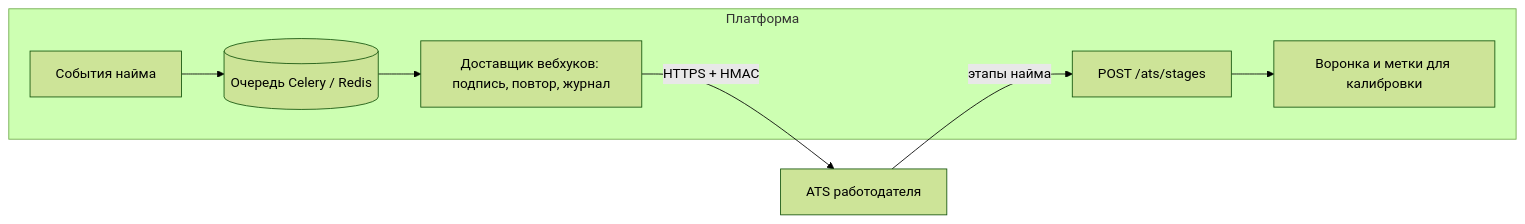
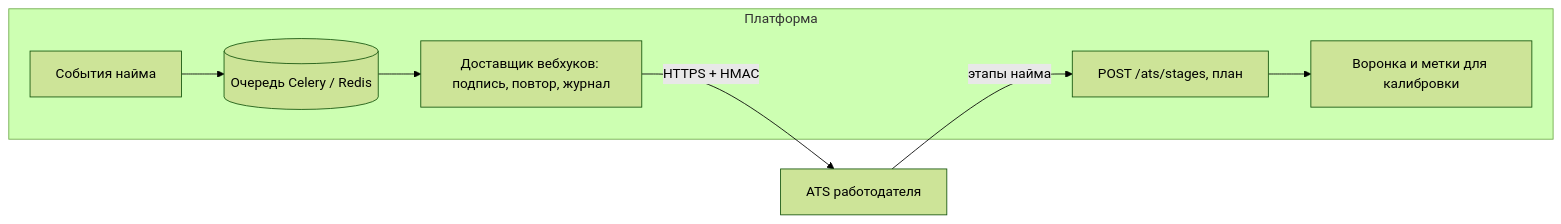
The diagram in docs/TRUST_AND_ATS.md (KonkovDV/fsp-talent), drawn with Mermaid (forest theme) before and after one commit. The commit also changed 3 other files, not shown here.

Commit message:
[L1] docs-audit: значимость атаки «20 сессий», ключ чужого экземпляра 0 %, фраза для HR про завышенный грейд, ATS-приёмник помечен как план (#420)

````diff
--- a/docs/TRUST_AND_ATS.md
+++ b/docs/TRUST_AND_ATS.md
@@ -102,10 +102,10 @@
 ```mermaid
 flowchart LR
   subgraph Платформа
     E[События найма] --> Q[(Очередь Celery / Redis)]
     Q --> D[Доставщик вебхуков: подпись, повтор, журнал]
-    S[POST /ats/stages] --> F[Воронка и метки для калибровки]
+    S[POST /ats/stages, план] --> F[Воронка и метки для калибровки]
   end
   D -->|HTTPS + HMAC| ATS[ATS работодателя]
   ATS -->|этапы найма| S
 ```
````
